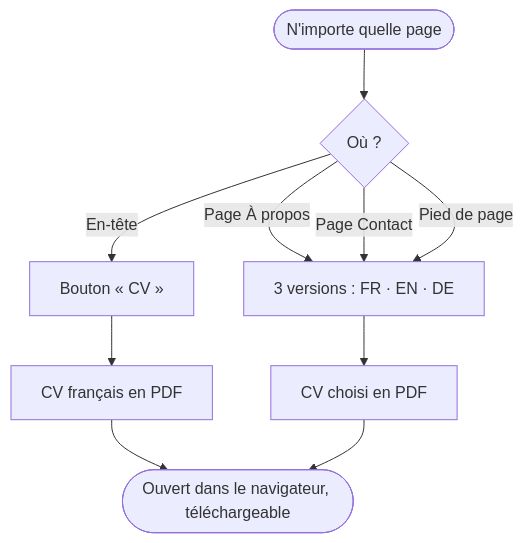
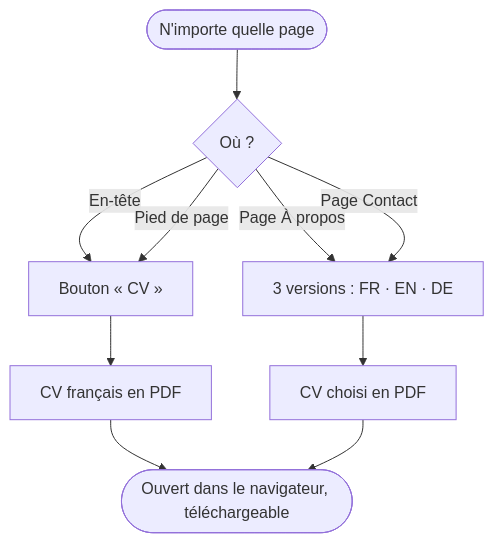
Before and after one commit to AwadAhmedDev/portfolio: the fourth of 5 diagrams in docs/user-flows.md, drawn with Mermaid. The commit also changed 4 other files, not shown here.

````diff
--- a/docs/user-flows.md
+++ b/docs/user-flows.md
@@ -145,12 +145,12 @@
 ```mermaid
 flowchart TD
     A([N'importe quelle page]) --> B{Où ?}
     B -- En-tête --> C[Bouton « CV »]
     C --> D[CV français en PDF]
     B -- Page À propos --> E[3 versions : FR · EN · DE]
     B -- Page Contact --> E
-    B -- Pied de page --> E
+    B -- Pied de page --> C
     E --> F[CV choisi en PDF]
     D --> G([Ouvert dans le navigateur, téléchargeable])
     F --> G
 ```
````
